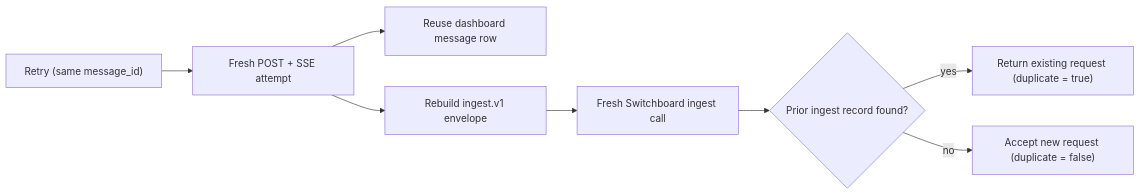
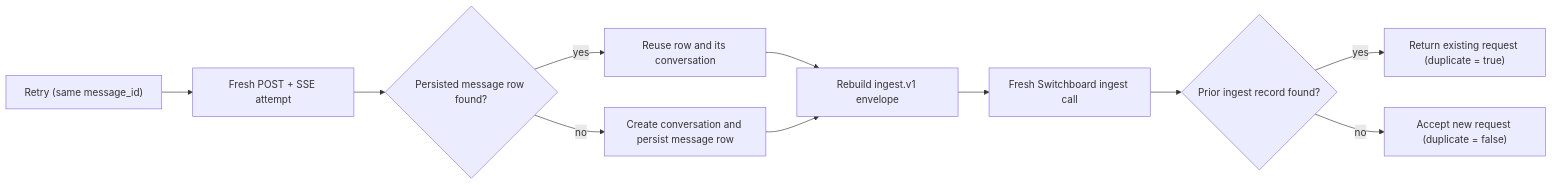
One commit to Tzeusy/butlers changed the diagram in docs/plans/2026-07-17-chat-send-retry-semantics.md. Above: the diagram before and after it, drawn with Mermaid. The commit also changed other lines of this file, not shown here.

````diff
--- a/docs/plans/2026-07-17-chat-send-retry-semantics.md
+++ b/docs/plans/2026-07-17-chat-send-retry-semantics.md
@@ -17,10 +17,13 @@
 ```mermaid
 flowchart LR
     Retry["Retry (same message_id)"] --> Submit["Fresh POST + SSE attempt"]
-    Submit --> Persist["Reuse dashboard message row"]
-    Submit --> Envelope["Rebuild ingest.v1 envelope"]
+    Submit --> Found{"Persisted message row found?"}
+    Found -->|yes| Reuse["Reuse row and its conversation"]
+    Found -->|no| Persist["Create conversation and persist message row"]
+    Reuse --> Envelope["Rebuild ingest.v1 envelope"]
+    Persist --> Envelope
     Envelope --> Ingest["Fresh Switchboard ingest call"]
     Ingest --> Seen{"Prior ingest record found?"}
     Seen -->|yes| Duplicate["Return existing request (duplicate = true)"]
     Seen -->|no| Accepted["Accept new request (duplicate = false)"]
 ```
````
